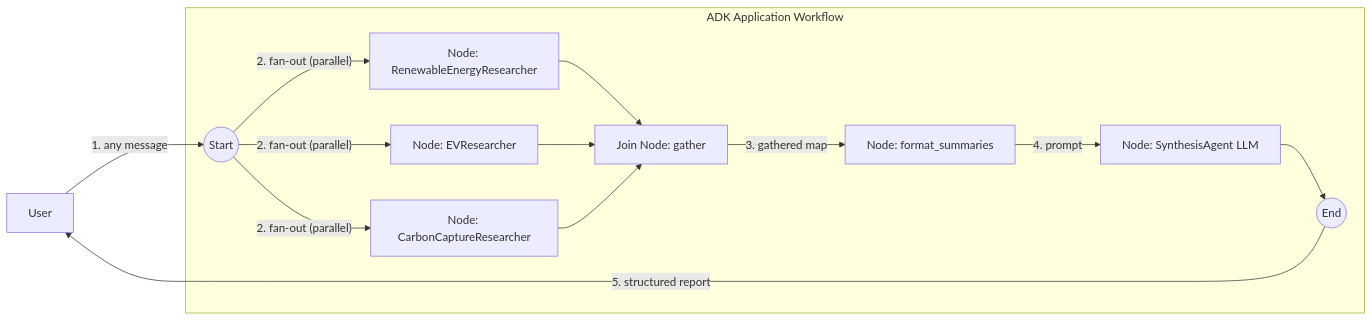
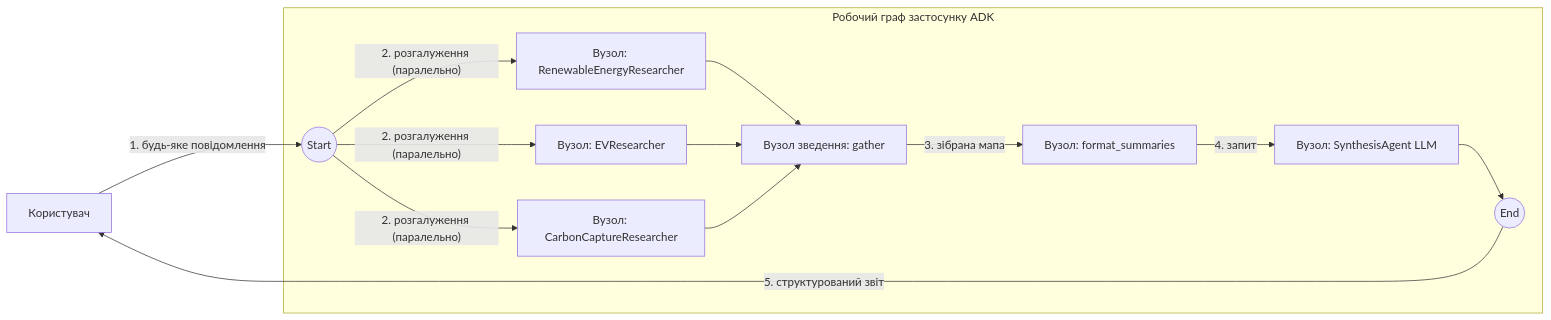
One commit to EugeneZaharchenko/ai-ae-labs changed the diagram in demo/4_adk_examples/complex/README.md. Above: the diagram before and after it, drawn with Mermaid. The commit also changed other lines of this file and 23 other files, not shown here.

````diff
--- a/demo/4_adk_examples/complex/README.md
+++ b/demo/4_adk_examples/complex/README.md
@@ -22,18 +28,18 @@
 ```mermaid
 graph LR
-    User[User]
-    subgraph "ADK Application Workflow"
+    User[Користувач]
+    subgraph "Робочий граф застосунку ADK"
         Start((Start))
-        Start -->|"2. fan-out (parallel)"| R1[Node: RenewableEnergyResearcher]
-        Start -->|"2. fan-out (parallel)"| R2[Node: EVResearcher]
-        Start -->|"2. fan-out (parallel)"| R3[Node: CarbonCaptureResearcher]
-        R1 --> J[Join Node: gather]
+        Start -->|"2. розгалуження (паралельно)"| R1[Вузол: RenewableEnergyResearcher]
+        Start -->|"2. розгалуження (паралельно)"| R2[Вузол: EVResearcher]
+        Start -->|"2. розгалуження (паралельно)"| R3[Вузол: CarbonCaptureResearcher]
+        R1 --> J[Вузол зведення: gather]
         R2 --> J
         R3 --> J
-        J -->|"3. gathered map"| F[Node: format_summaries]
-        F -->|"4. prompt"| S[Node: SynthesisAgent LLM]
+        J -->|"3. зібрана мапа"| F[Вузол: format_summaries]
+        F -->|"4. запит"| S[Вузол: SynthesisAgent LLM]
         S --> End((End))
     end
-    User -- "1. any message" --> Start
-    End -- "5. structured report" --> User
+    User -- "1. будь-яке повідомлення" --> Start
+    End -- "5. структурований звіт" --> User
 ```
````
